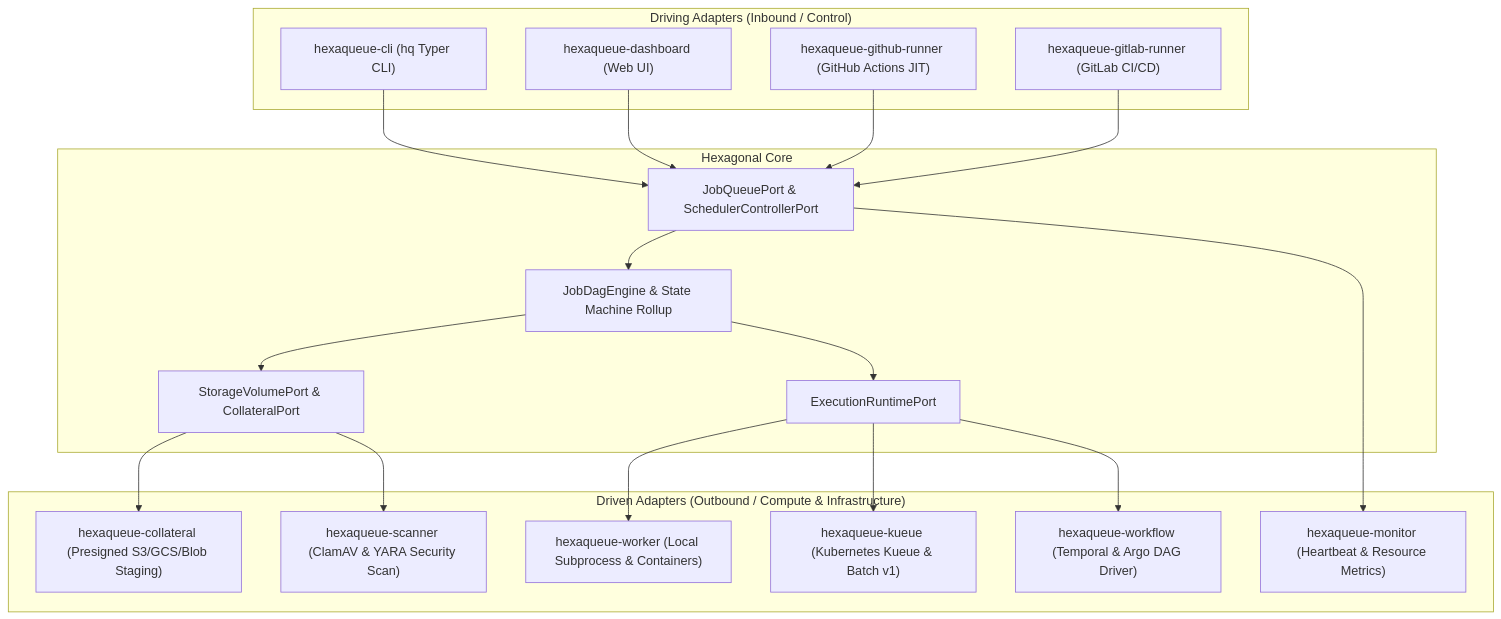
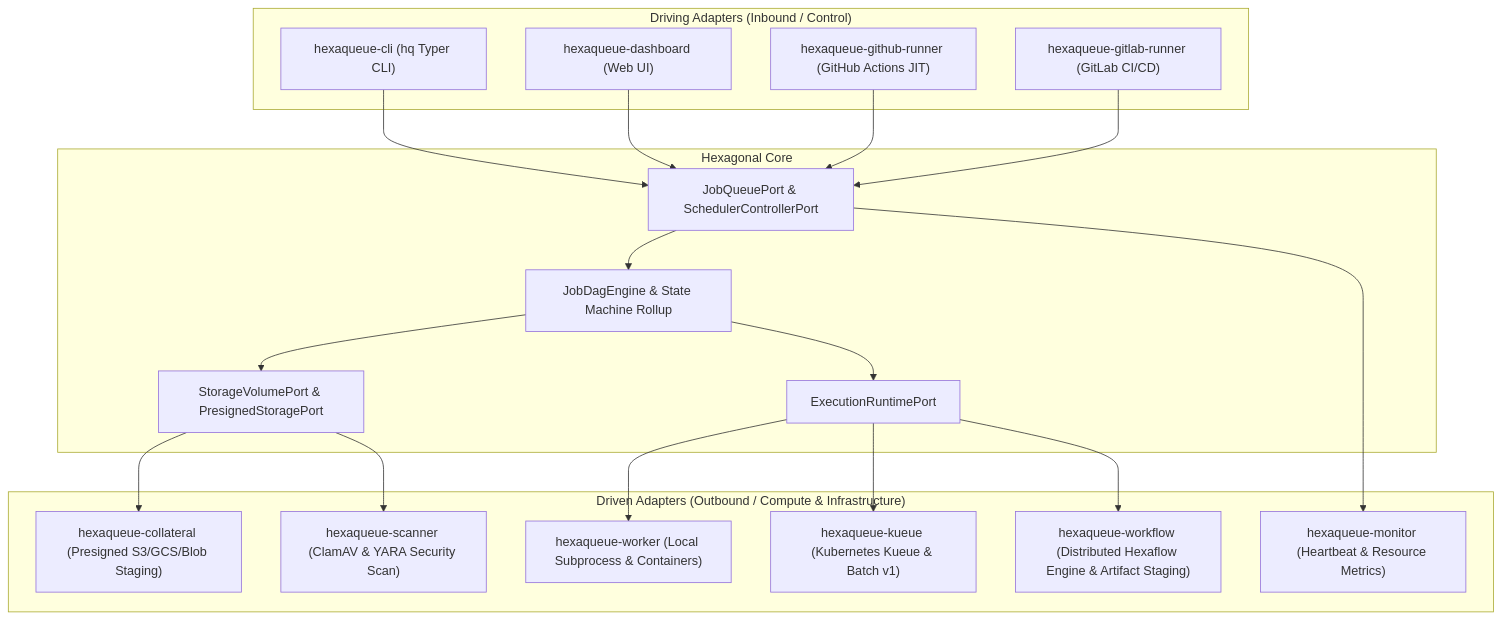
One commit to TheTrueSCU/hexaqueue changed the diagram in docs/index.md. Above: the diagram before and after it, drawn with Mermaid. The commit also changed other lines of this file and 32 other files, not shown here.

````diff
--- a/docs/index.md
+++ b/docs/index.md
@@ -15,41 +15,41 @@
 ```mermaid
 graph TD
     subgraph DrivingAdapters ["Driving Adapters (Inbound / Control)"]
         CLI["hexaqueue-cli (hq Typer CLI)"]
         DASH["hexaqueue-dashboard (Web UI)"]
         GH["hexaqueue-github-runner (GitHub Actions JIT)"]
         GL["hexaqueue-gitlab-runner (GitLab CI/CD)"]
     end
 
     subgraph Hexagon ["Hexagonal Core"]
         SCHED["JobQueuePort & SchedulerControllerPort"]
         DAG["JobDagEngine & State Machine Rollup"]
-        STORAGE_PORT["StorageVolumePort & CollateralPort"]
+        STORAGE_PORT["StorageVolumePort & PresignedStoragePort"]
         RUNTIME_PORT["ExecutionRuntimePort"]
     end
 
     subgraph DrivenAdapters ["Driven Adapters (Outbound / Compute & Infrastructure)"]
         WORKER["hexaqueue-worker (Local Subprocess & Containers)"]
         COLLATERAL["hexaqueue-collateral (Presigned S3/GCS/Blob Staging)"]
         SCANNER["hexaqueue-scanner (ClamAV & YARA Security Scan)"]
         MONITOR["hexaqueue-monitor (Heartbeat & Resource Metrics)"]
         KUEUE["hexaqueue-kueue (Kubernetes Kueue & Batch v1)"]
-        WF["hexaqueue-workflow (Temporal & Argo DAG Driver)"]
+        WF["hexaqueue-workflow (Distributed Hexaflow Engine & Artifact Staging)"]
     end
 
     CLI --> SCHED
     DASH --> SCHED
     GH --> SCHED
     GL --> SCHED
 
     SCHED --> DAG
     DAG --> STORAGE_PORT
     DAG --> RUNTIME_PORT
 
     RUNTIME_PORT --> WORKER
     RUNTIME_PORT --> KUEUE
     RUNTIME_PORT --> WF
     STORAGE_PORT --> COLLATERAL
     STORAGE_PORT --> SCANNER
     SCHED --> MONITOR
 ```
````
